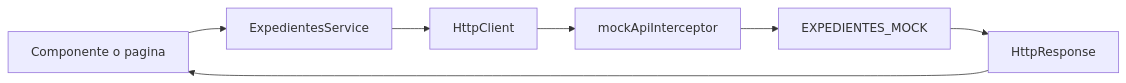
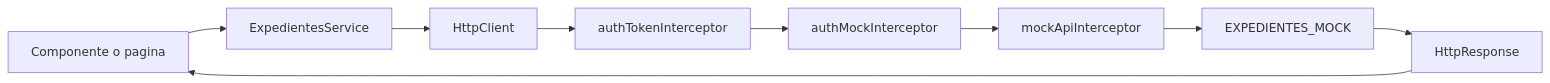
One commit to davidsantes/Dav-GestorExpedientes-Angular changed the diagram in docs/08-http-api-mock.md. Above: the diagram before and after it, drawn with Mermaid. The commit also changed other lines of this file and 46 other files, not shown here.

````diff
--- a/docs/08-http-api-mock.md
+++ b/docs/08-http-api-mock.md
@@ -89,16 +102,20 @@
 ```mermaid
 flowchart LR
   Component[Componente o pagina]
   Service[ExpedientesService]
   HttpClient[HttpClient]
+  Token[authTokenInterceptor]
+  AuthMock[authMockInterceptor]
   Interceptor[mockApiInterceptor]
   Mock[EXPEDIENTES_MOCK]
   Response[HttpResponse]
 
   Component --> Service
   Service --> HttpClient
-  HttpClient --> Interceptor
+  HttpClient --> Token
+  Token --> AuthMock
+  AuthMock --> Interceptor
   Interceptor --> Mock
   Mock --> Response
   Response --> Component
 ```
````
